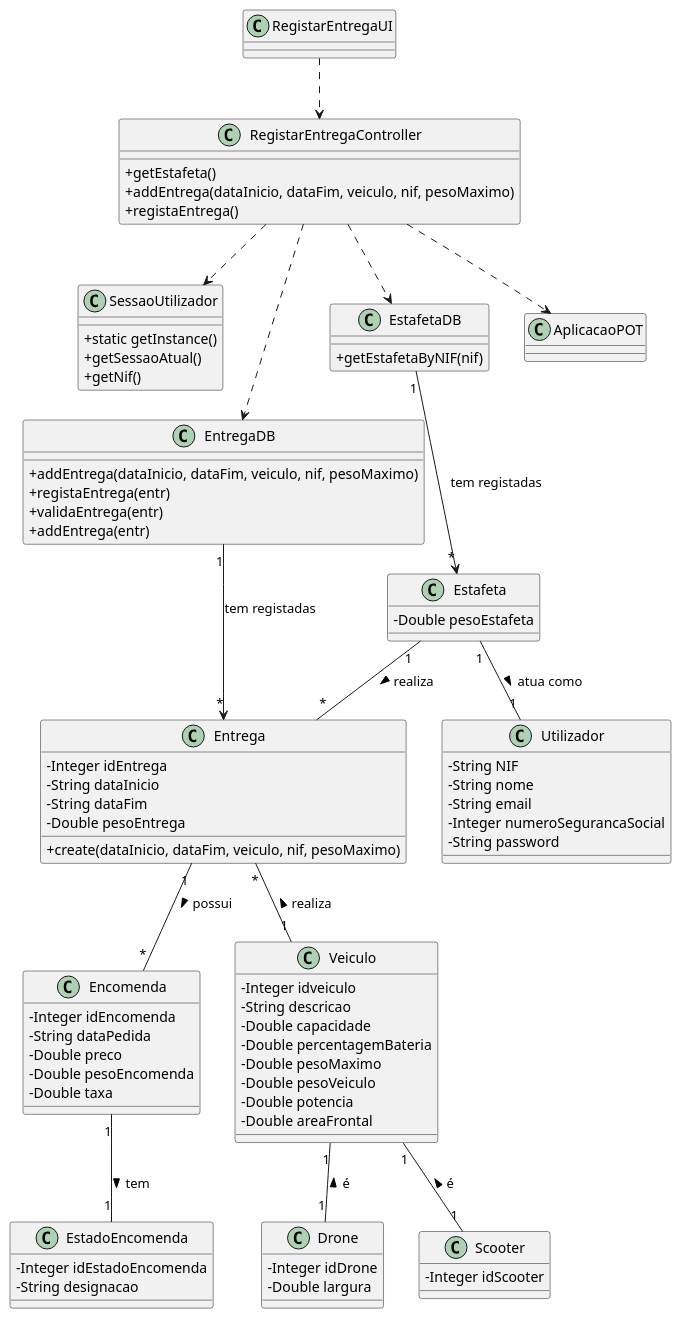
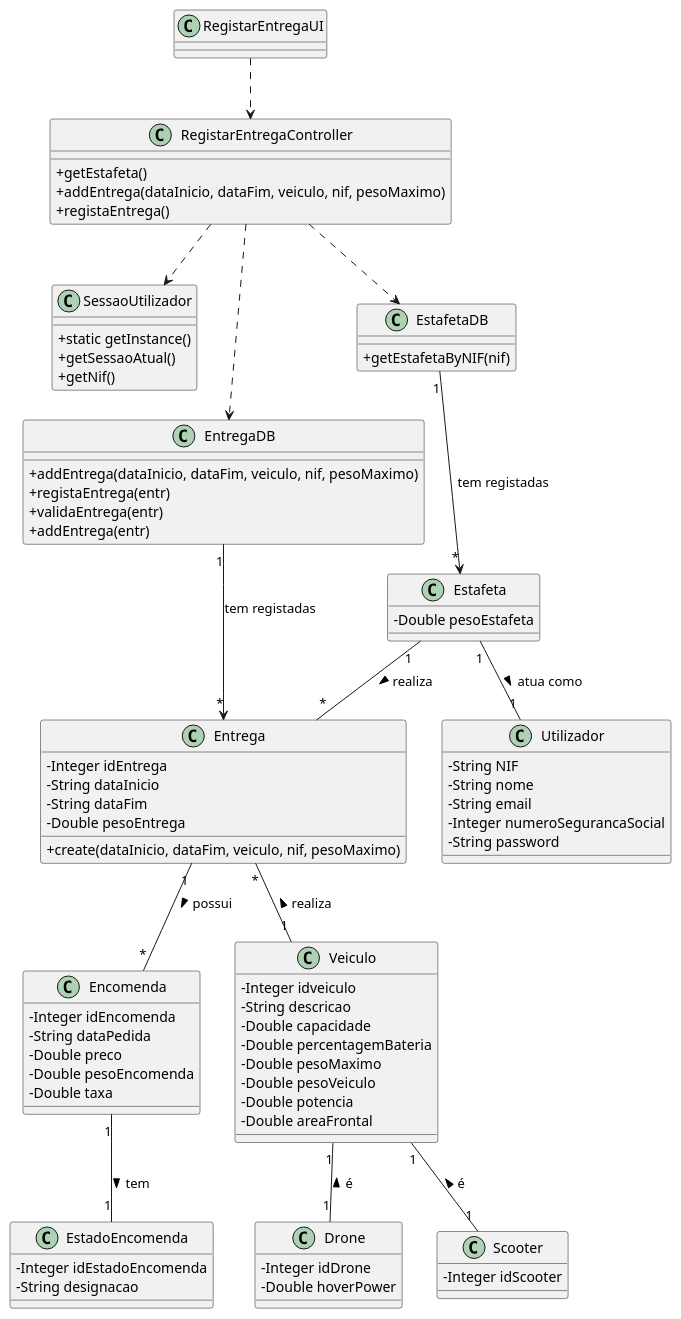
One commit to pedrolemos4/LAPR3 changed the diagram in docs/UC6/RegistoEntregaCD.puml. Above: the diagram before and after it, drawn with PlantUML. The commit also changed 27 other files, not shown here.

```diff
--- a/docs/UC6/RegistoEntregaCD.puml
+++ b/docs/UC6/RegistoEntregaCD.puml
@@ -1,100 +1,99 @@
 @startuml
 skinparam classAttributeIconSize 0
 
 class SessaoUtilizador{
   +static getInstance()
   +getSessaoAtual()
   +getNif()
 }
 
 class Entrega {
   -Integer idEntrega
   -String dataInicio
   -String dataFim
   -Double pesoEntrega
   +create(dataInicio, dataFim, veiculo, nif, pesoMaximo)
 }
 
 class EntregaDB {
   +addEntrega(dataInicio, dataFim, veiculo, nif, pesoMaximo)
   +registaEntrega(entr)
   +validaEntrega(entr)
   +addEntrega(entr)
 }
 
 class EstafetaDB {
   +getEstafetaByNIF(nif)
 }
 
 class RegistarEntregaController {
   +getEstafeta()
   +addEntrega(dataInicio, dataFim, veiculo, nif, pesoMaximo)
   +registaEntrega()
 }
 
 class RegistarEntregaUI {
 }
 
 class Encomenda {
   -Integer idEncomenda
   -String dataPedida
   -Double preco
   -Double pesoEncomenda
   -Double taxa
 }
 
 class Estafeta {
   -Double pesoEstafeta
 }
 
 class Veiculo {
   -Integer idveiculo
   -String descricao
   -Double capacidade
   -Double percentagemBateria
   -Double pesoMaximo
   -Double pesoVeiculo
   -Double potencia
   -Double areaFrontal
 }
 
 class Drone {
   -Integer idDrone
-  -Double largura
+  -Double hoverPower
 }
 
 class Scooter {
   -Integer idScooter
 }
 
 class EstadoEncomenda {
   -Integer idEstadoEncomenda
   -String designacao
 }
 
 class Utilizador{
   -String NIF
   -String nome
   -String email
   -Integer numeroSegurancaSocial
   -String password
   }
 
 RegistarEntregaUI ..> RegistarEntregaController
 
 RegistarEntregaController ..> EstafetaDB
 RegistarEntregaController ..> EntregaDB
-RegistarEntregaController ..> AplicacaoPOT
 RegistarEntregaController ..> SessaoUtilizador
 
 EntregaDB "1" --> "*" Entrega : tem registadas
 EstafetaDB "1" --> "*" Estafeta : tem registadas
 Encomenda "1" -- "1" EstadoEncomenda : tem >
 Entrega "1" -- "*" Encomenda : possui >
 Estafeta "1" -- "*" Entrega: realiza >
 Entrega "*" -- "1" Veiculo: realiza <
 Estafeta "1" -- "1" Utilizador: atua como >
 Veiculo "1" -- "1" Drone: é <
 Veiculo "1" -- "1" Scooter: é <
 
 @enduml
```
